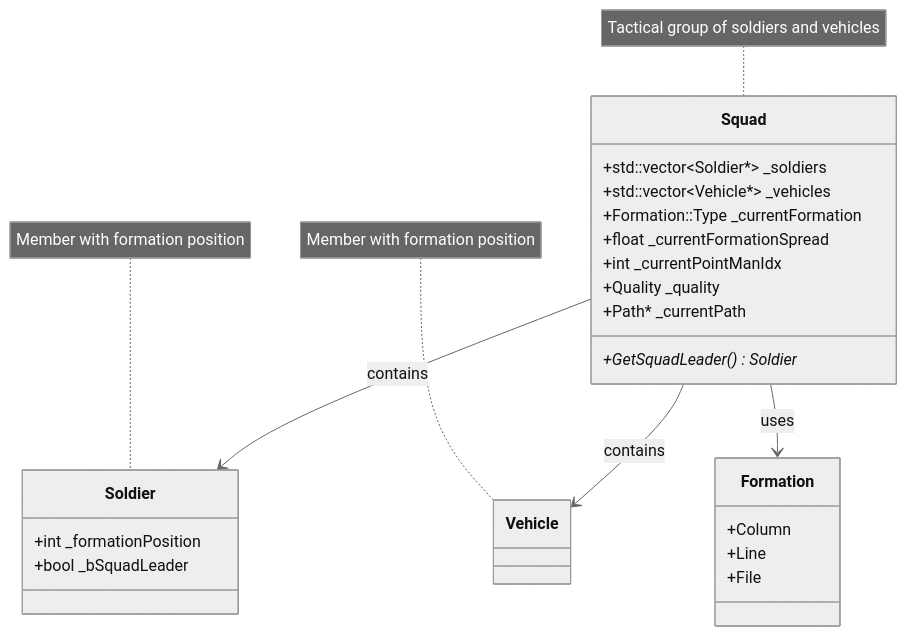
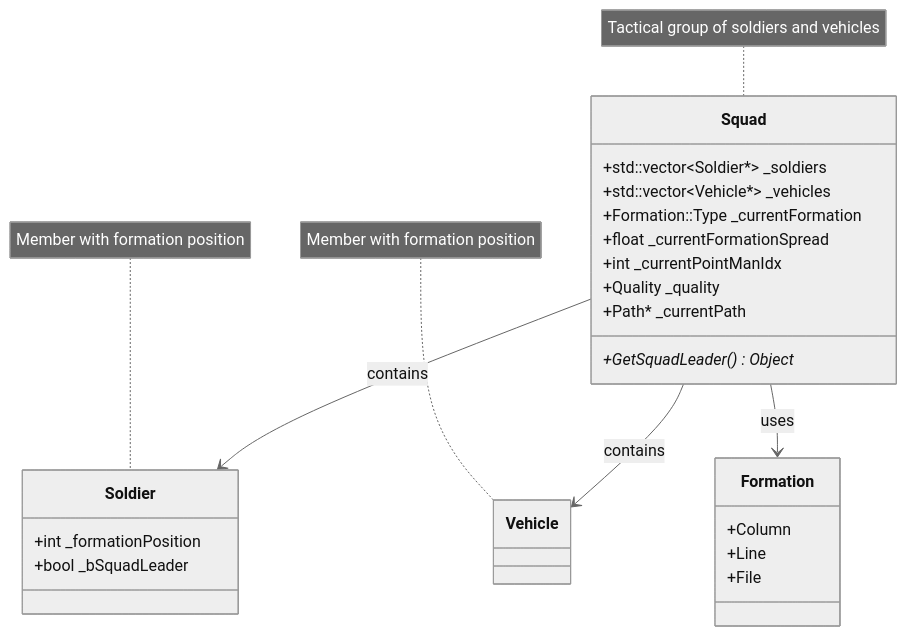
Before and after one commit to jukofyork/OpenCombat-SDL: the fourth of 5 diagrams in docs/chapters/02-object-system.md, drawn with Mermaid (neutral theme). The commit also changed other lines of this file and 9 other files, not shown here.

````diff
--- a/docs/chapters/02-object-system.md
+++ b/docs/chapters/02-object-system.md
@@ -489,35 +489,35 @@
 ```mermaid
 classDiagram
     class Squad {
-        +GetSquadLeader() Soldier*
+        +GetSquadLeader() Object*
         +std::vector~Soldier*~ _soldiers
         +std::vector~Vehicle*~ _vehicles
         +Formation::Type _currentFormation
         +float _currentFormationSpread
         +int _currentPointManIdx
         +Quality _quality
         +Path* _currentPath
     }
     
     class Soldier {
         +int _formationPosition
         +bool _bSquadLeader
     }
     
     class Vehicle {
     }
     
     class Formation {
         +Column
         +Line
         +File
     }
     
     Squad --> Soldier : contains
     Squad --> Vehicle : contains
     Squad --> Formation : uses
     
     note for Squad "Tactical group of soldiers and vehicles"
     note for Soldier "Member with formation position"
     note for Vehicle "Member with formation position"
 ```
````
